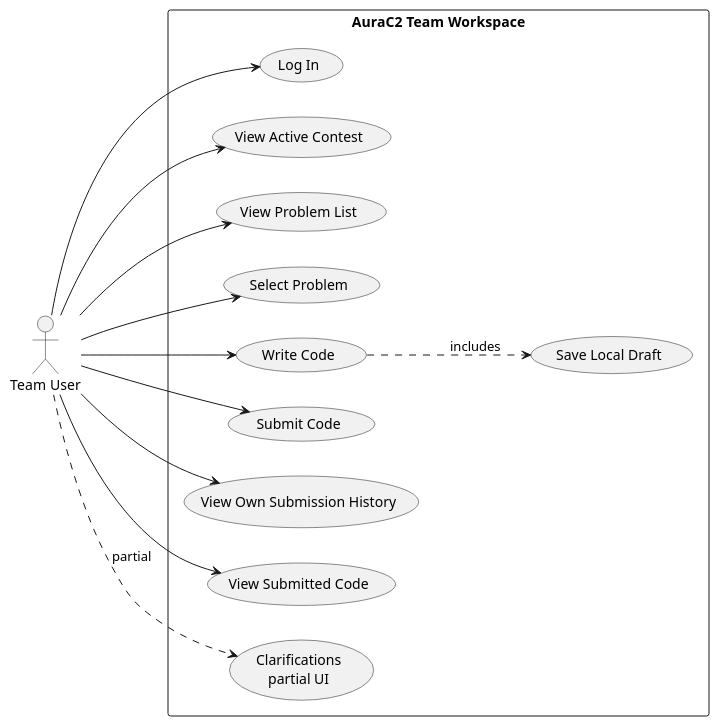
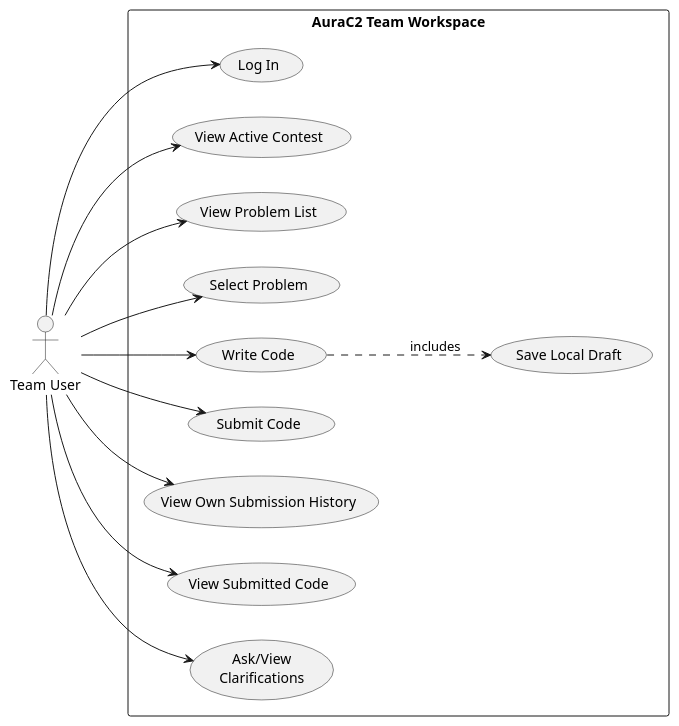
Before and after one commit to AuraC-graduate-project/AuraC2: the fifth of 17 diagrams in docs/report-rebuild/diagram-prompts.md, drawn with PlantUML. The commit also changed other lines of this file and 3 other files, not shown here.

````diff
--- a/docs/report-rebuild/diagram-prompts.md
+++ b/docs/report-rebuild/diagram-prompts.md
@@ -177,28 +177,28 @@
 ```plantuml
 @startuml
 left to right direction
 actor "Team User" as Team
 rectangle "AuraC2 Team Workspace" {
   usecase "Log In" as T1
   usecase "View Active Contest" as T2
   usecase "View Problem List" as T3
   usecase "Select Problem" as T4
   usecase "Write Code" as T5
   usecase "Save Local Draft" as T6
   usecase "Submit Code" as T7
   usecase "View Own Submission History" as T8
   usecase "View Submitted Code" as T9
-  usecase "Clarifications\npartial UI" as T10
+  usecase "Ask/View\nClarifications" as T10
 }
 Team --> T1
 Team --> T2
 Team --> T3
 Team --> T4
 Team --> T5
 T5 ..> T6 : includes
 Team --> T7
 Team --> T8
 Team --> T9
-Team ..> T10 : partial
+Team --> T10
 @enduml
 ```
````
